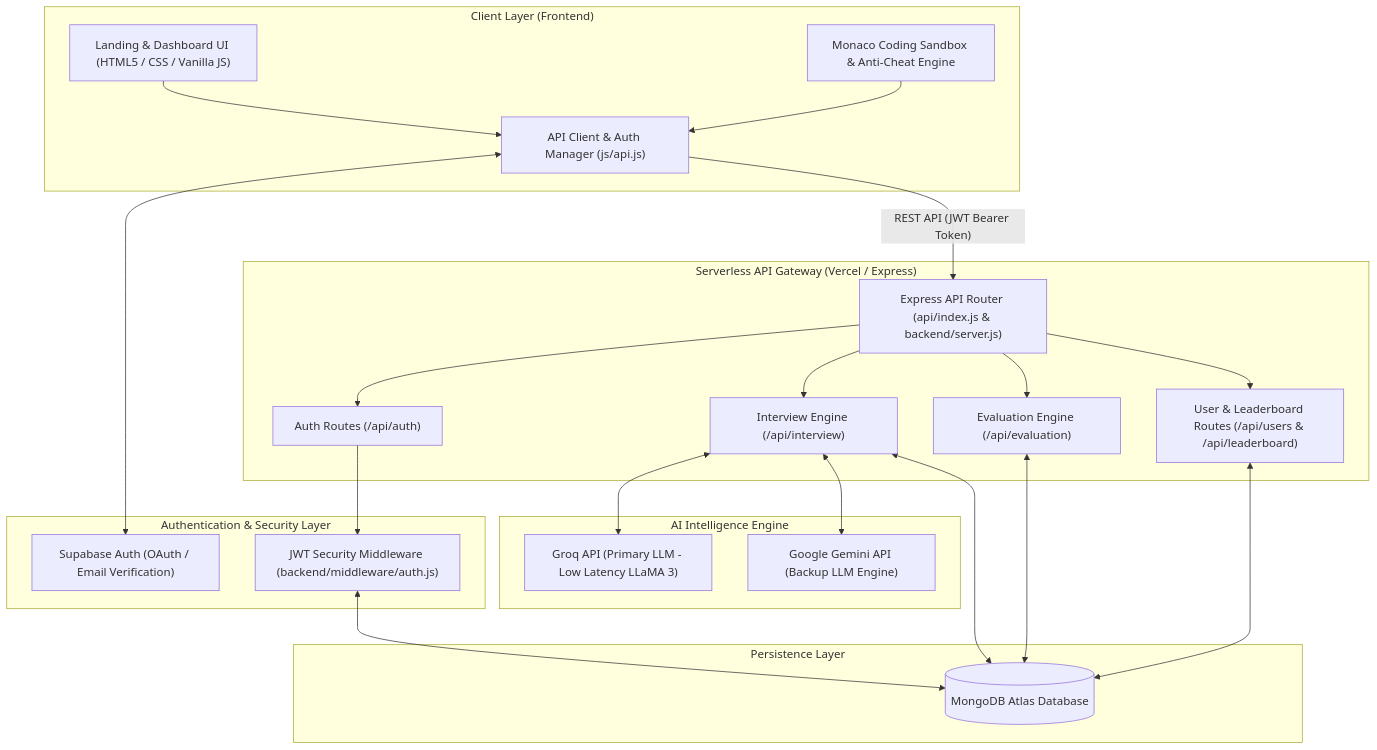
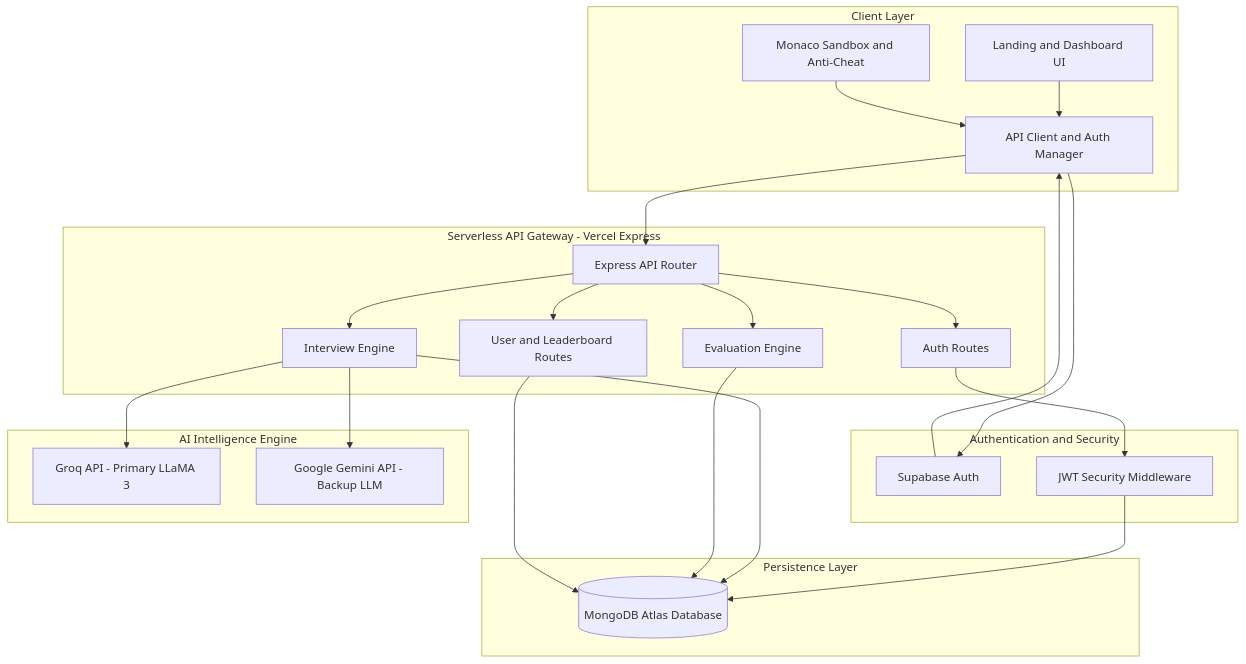
The diagram in README.md (aayushi2791-design/HireReady), drawn with Mermaid before and after one commit.

Commit message:
Fix Mermaid diagram syntax for GitHub markdown rendering

````diff
--- a/README.md
+++ b/README.md
@@ -29,50 +29,51 @@
 ```mermaid
-flowchart TD
-    subgraph Client["Client Layer (Frontend)"]
-        UI["Landing & Dashboard UI (HTML5 / CSS / Vanilla JS)"]
-        Editor["Monaco Coding Sandbox & Anti-Cheat Engine"]
-        APIClient["API Client & Auth Manager (js/api.js)"]
+graph TD
+    subgraph Client ["Client Layer"]
+        UI["Landing and Dashboard UI"]
+        Editor["Monaco Sandbox and Anti-Cheat"]
+        APIClient["API Client and Auth Manager"]
     end
 
-    subgraph Auth["Authentication & Security Layer"]
-        SupaAuth["Supabase Auth (OAuth / Email Verification)"]
-        JWT["JWT Security Middleware (backend/middleware/auth.js)"]
+    subgraph Auth ["Authentication and Security"]
+        SupaAuth["Supabase Auth"]
+        JWT["JWT Security Middleware"]
     end
 
-    subgraph Gateway["Serverless API Gateway (Vercel / Express)"]
-        Router["Express API Router (api/index.js & backend/server.js)"]
-        AuthRoute["Auth Routes (/api/auth)"]
-        InterviewRoute["Interview Engine (/api/interview)"]
-        EvalRoute["Evaluation Engine (/api/evaluation)"]
-        UserRoute["User & Leaderboard Routes (/api/users & /api/leaderboard)"]
+    subgraph Gateway ["Serverless API Gateway - Vercel Express"]
+        Router["Express API Router"]
+        AuthRoute["Auth Routes"]
+        InterviewRoute["Interview Engine"]
+        EvalRoute["Evaluation Engine"]
+        UserRoute["User and Leaderboard Routes"]
     end
 
-    subgraph AI["AI Intelligence Engine"]
-        Groq["Groq API (Primary LLM - Low Latency LLaMA 3)"]
-        Gemini["Google Gemini API (Backup LLM Engine)"]
+    subgraph AI ["AI Intelligence Engine"]
+        Groq["Groq API - Primary LLaMA 3"]
+        Gemini["Google Gemini API - Backup LLM"]
     end
 
-    subgraph Storage["Persistence Layer"]
+    subgraph Storage ["Persistence Layer"]
         MongoDB[("MongoDB Atlas Database")]
     end
 
     UI --> APIClient
     Editor --> APIClient
-    APIClient <--> SupaAuth
-    APIClient -- "REST API (JWT Bearer Token)" --> Router
+    APIClient --> SupaAuth
+    SupaAuth --> APIClient
+    APIClient --> Router
 
     Router --> AuthRoute
     Router --> InterviewRoute
     Router --> EvalRoute
     Router --> UserRoute
 
     AuthRoute --> JWT
-    JWT <--> MongoDB
+    JWT --> MongoDB
 
-    InterviewRoute <--> Groq
-    InterviewRoute <--> Gemini
-    InterviewRoute <--> MongoDB
+    InterviewRoute --> Groq
+    InterviewRoute --> Gemini
+    InterviewRoute --> MongoDB
 
-    EvalRoute <--> MongoDB
-    UserRoute <--> MongoDB
+    EvalRoute --> MongoDB
+    UserRoute --> MongoDB
 ```
````
